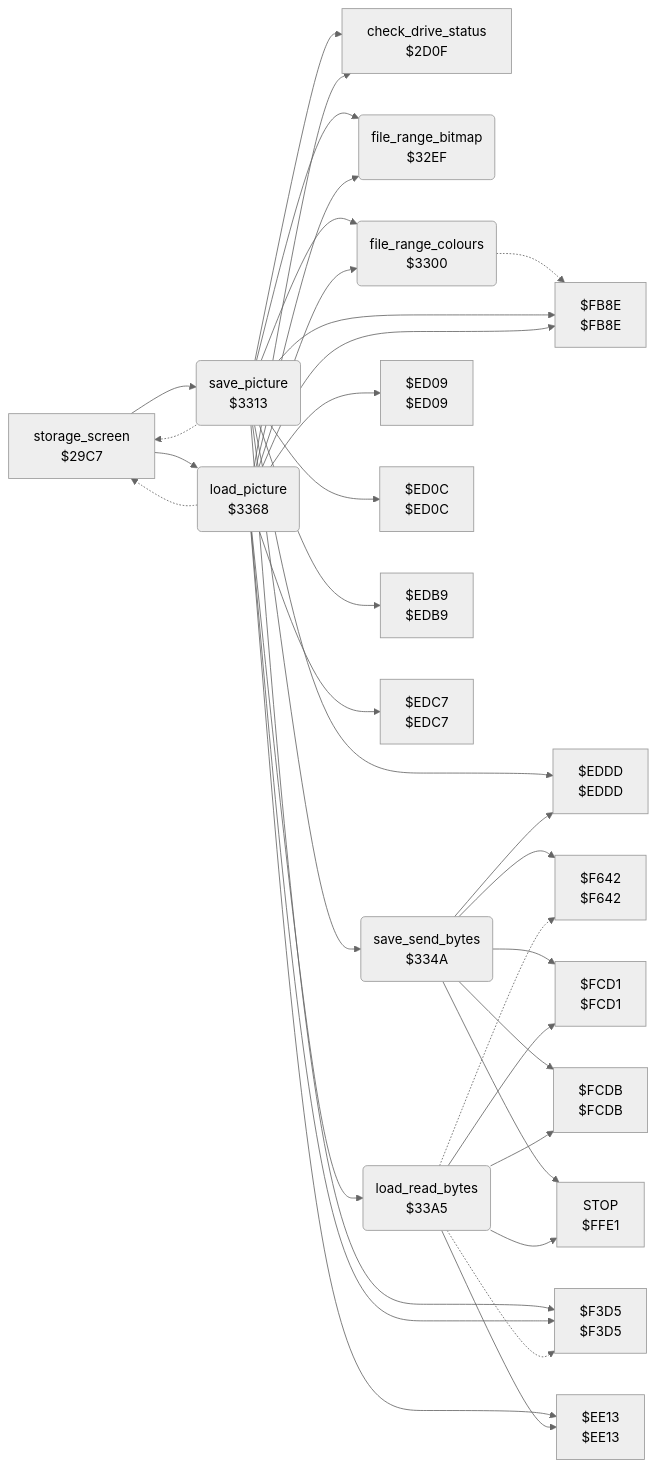
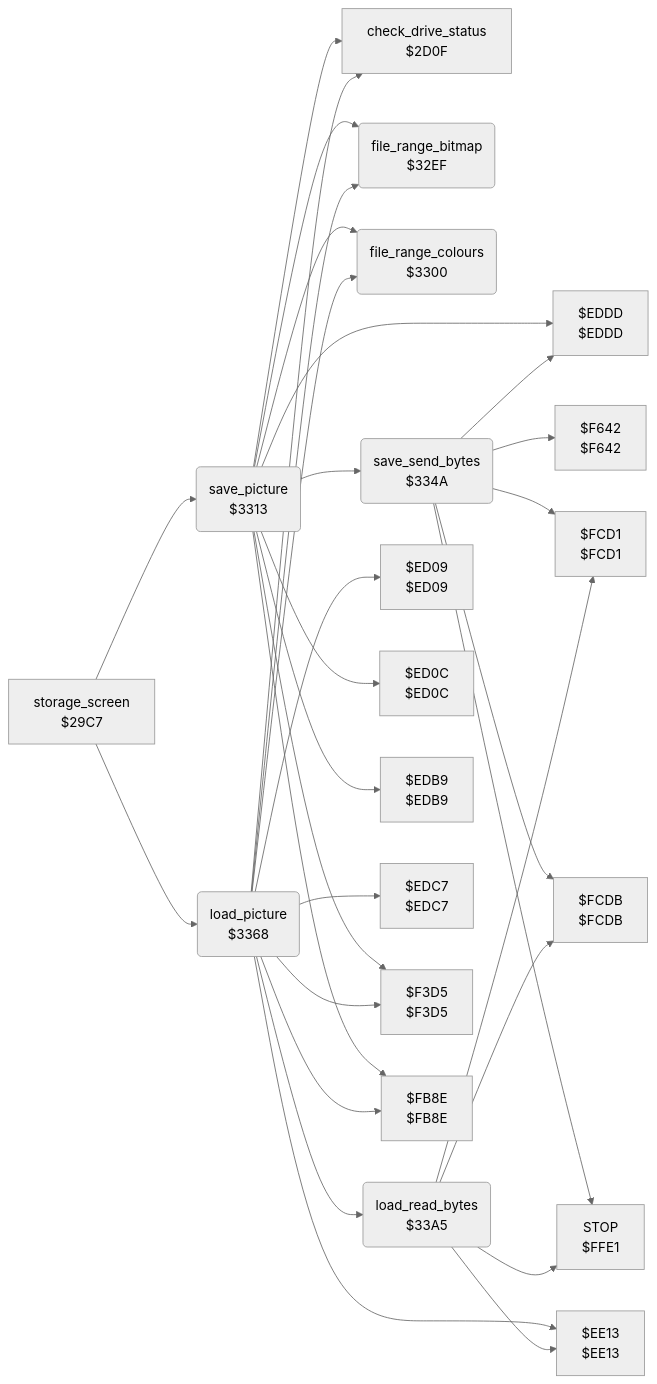
Before and after one commit to henols/c64_games: the diagram in koala_painter/v1/docs/reference/modules/storage/picture_file.md, drawn with Mermaid (neutral theme). The commit also changed other lines of this file and 1100 other files, not shown here.

````diff
--- a/koala_painter/v1/docs/reference/modules/storage/picture_file.md
+++ b/koala_painter/v1/docs/reference/modules/storage/picture_file.md
@@ -10,57 +21,52 @@
 ```mermaid
 flowchart LR
   n29c7["storage_screen<br/>$29C7"]
   n2d0f["check_drive_status<br/>$2D0F"]
   n32ef("file_range_bitmap<br/>$32EF")
   n3300("file_range_colours<br/>$3300")
   n3313("save_picture<br/>$3313")
   n334a("save_send_bytes<br/>$334A")
   n3368("load_picture<br/>$3368")
   n33a5("load_read_bytes<br/>$33A5")
   ned09["$ED09<br/>$ED09"]
   ned0c["$ED0C<br/>$ED0C"]
   nedb9["$EDB9<br/>$EDB9"]
   nedc7["$EDC7<br/>$EDC7"]
   neddd["$EDDD<br/>$EDDD"]
   nee13["$EE13<br/>$EE13"]
   nf3d5["$F3D5<br/>$F3D5"]
   nf642["$F642<br/>$F642"]
   nfb8e["$FB8E<br/>$FB8E"]
   nfcd1["$FCD1<br/>$FCD1"]
   nfcdb["$FCDB<br/>$FCDB"]
   nffe1["STOP<br/>$FFE1"]
   n29c7 --> n3313
   n29c7 --> n3368
-  n3300 -.-> nfb8e
-  n3313 -.-> n29c7
   n3313 --> n2d0f
   n3313 --> n32ef
   n3313 --> n3300
   n3313 --> n334a
   n3313 --> ned0c
   n3313 --> nedb9
   n3313 --> neddd
   n3313 --> nf3d5
   n3313 --> nfb8e
   n334a --> neddd
   n334a --> nf642
   n334a --> nfcd1
   n334a --> nfcdb
   n334a --> nffe1
-  n3368 -.-> n29c7
   n3368 --> n2d0f
   n3368 --> n32ef
   n3368 --> n3300
   n3368 --> n33a5
   n3368 --> ned09
   n3368 --> nedc7
   n3368 --> nee13
   n3368 --> nf3d5
   n3368 --> nfb8e
   n33a5 --> nee13
-  n33a5 -.-> nf3d5
-  n33a5 -.-> nf642
   n33a5 --> nfcd1
   n33a5 --> nfcdb
   n33a5 --> nffe1
 ```
````
